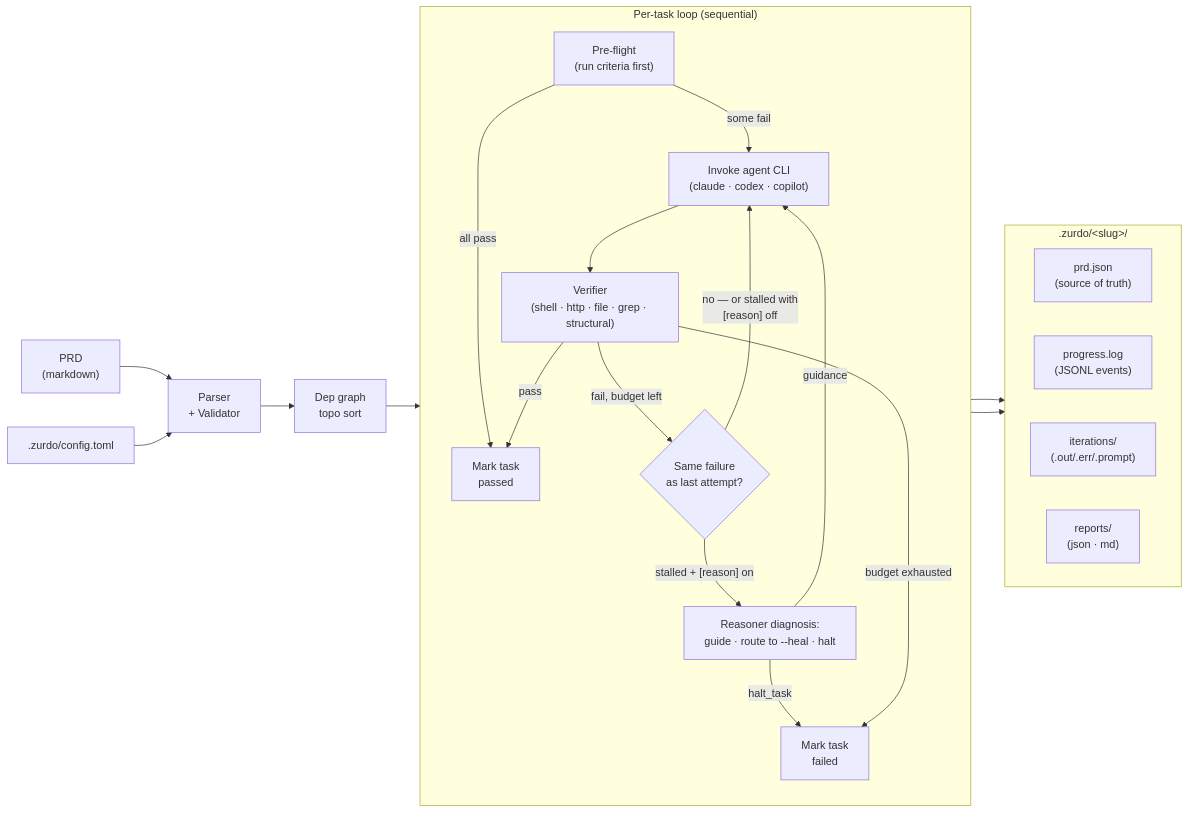
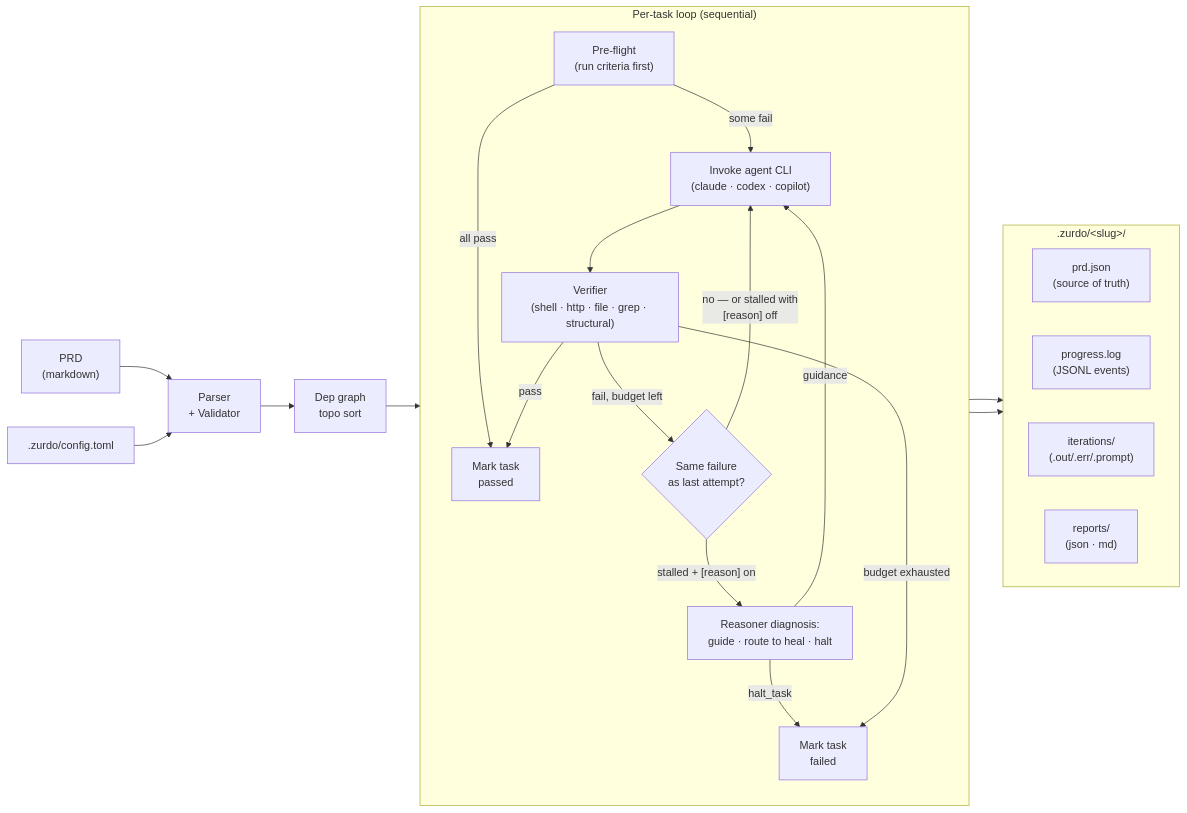
The diagram in docs/how-it-works.md (NumeronAI/zurdo.github.io), drawn with Mermaid before and after one commit. The commit also changed other lines of this file and 13 other files, not shown here.

````diff
--- a/docs/how-it-works.md
+++ b/docs/how-it-works.md
@@ -36,32 +36,32 @@
 ```mermaid
 flowchart LR
     PRD["PRD<br/>(markdown)"] --> PARSE["Parser<br/>+ Validator"]
     CONFIG[".zurdo/config.toml"] --> PARSE
     PARSE --> GRAPH["Dep graph<br/>topo sort"]
     GRAPH --> LOOP
 
     subgraph LOOP ["Per-task loop (sequential)"]
         direction TB
         PREFLIGHT["Pre-flight<br/>(run criteria first)"] -->|all pass| DONE
         PREFLIGHT -->|some fail| AGENT["Invoke agent CLI<br/>(claude · codex · copilot)"]
         AGENT --> VERIFY["Verifier<br/>(shell · http · file · grep · structural)"]
         VERIFY -->|pass| DONE["Mark task<br/>passed"]
         VERIFY -->|fail, budget left| STALLQ{"Same failure<br/>as last attempt?"}
         STALLQ -->|"no — or stalled with<br/>[reason] off"| AGENT
-        STALLQ -->|"stalled + [reason] on"| DIAG["Reasoner diagnosis:<br/>guide · route to --heal · halt"]
+        STALLQ -->|"stalled + [reason] on"| DIAG["Reasoner diagnosis:<br/>guide · route to heal · halt"]
         DIAG -->|guidance| AGENT
         DIAG -->|halt_task| FAIL
         VERIFY -->|budget exhausted| FAIL["Mark task<br/>failed"]
     end
 
     DONE --> STATE
     FAIL --> STATE
 
     subgraph STATE [".zurdo/&lt;slug&gt;/"]
         direction LR
         PRDJSON["prd.json<br/>(source of truth)"]
         PROGLOG["progress.log<br/>(JSONL events)"]
         ITERS["iterations/<br/>(.out/.err/.prompt)"]
         REPORTS["reports/<br/>(json · md)"]
     end
 ```
````
